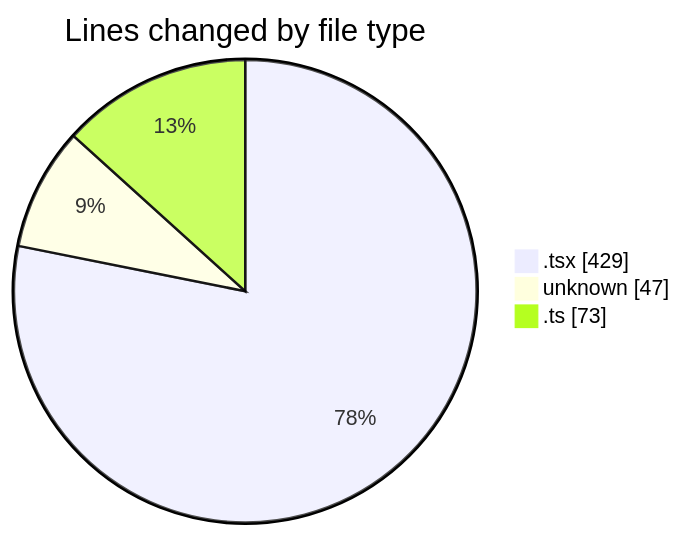
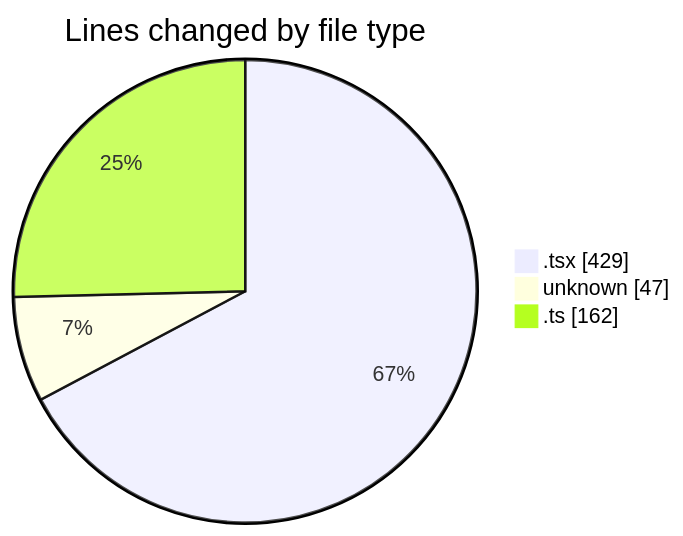
Before and after one commit to momahboobian/code-tracking: the first of 2 diagrams in 2025-09-18/cda/README.md, drawn with Mermaid. The commit also changed other lines of this file and 1 other file, not shown here.

````diff
--- a/2025-09-18/cda/README.md
+++ b/2025-09-18/cda/README.md
@@ -24,7 +24,7 @@
 ```mermaid
 pie showData
 title Lines changed by file type
 ".tsx" : 429
 "unknown" : 47
-".ts" : 73
+".ts" : 162
 ```
````
